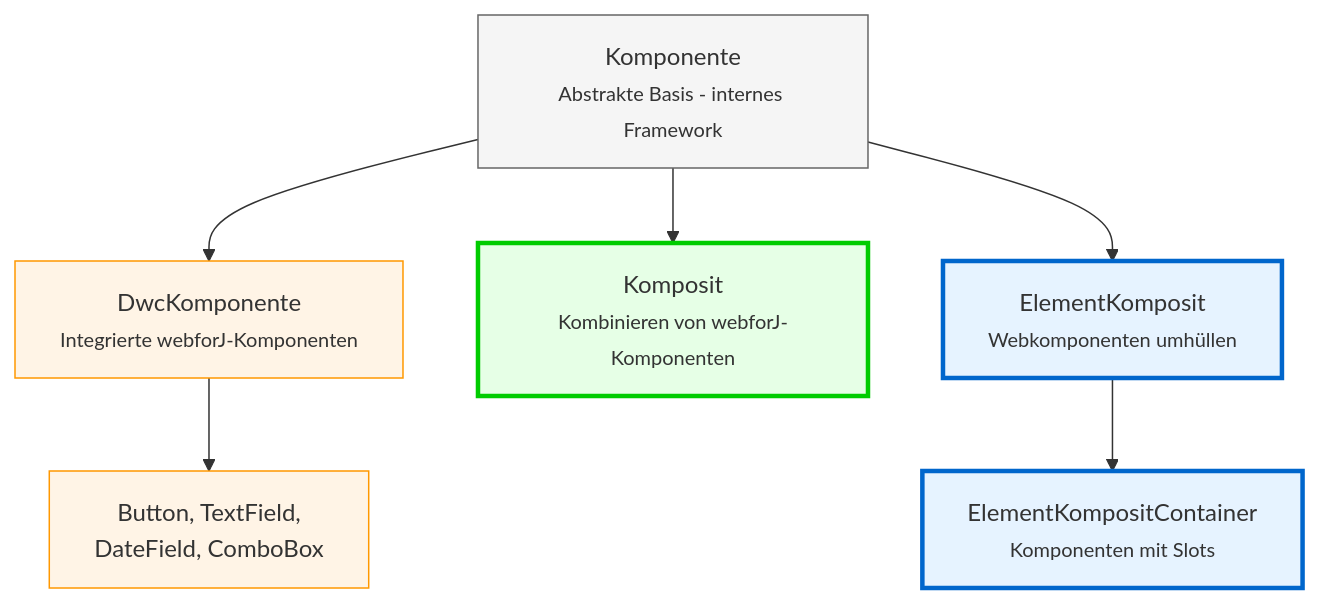
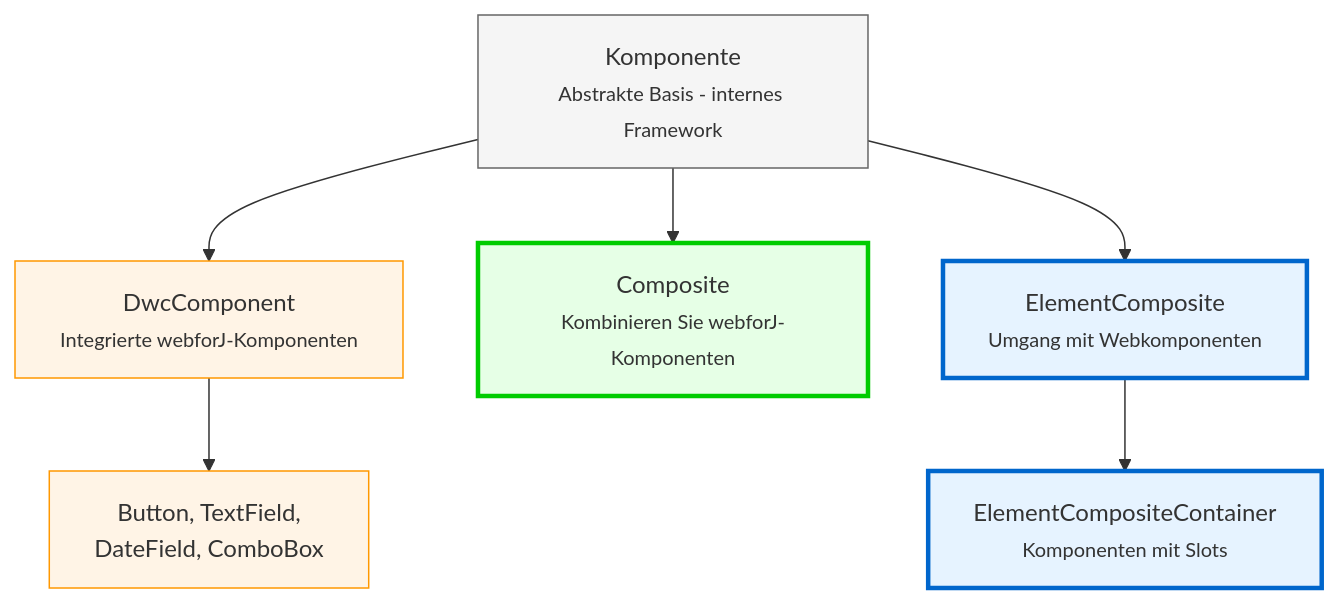
The diagram in docs/i18n/de/docusaurus-plugin-content-docs/current/building-ui/component-fundamentals.md (webforj/webforj-documentation), drawn with Mermaid before and after one commit. The commit also changed other lines of this file and 209 other files, not shown here.

Commit message:
fix: add code tags to messed up Finnish file element-composite.md - Copied the translated files from the translation build - Fixed the error in the Finnish file

````diff
--- a/docs/i18n/de/docusaurus-plugin-content-docs/current/building-ui/component-fundamentals.md
+++ b/docs/i18n/de/docusaurus-plugin-content-docs/current/building-ui/component-fundamentals.md
@@ -53,22 +52,22 @@
 ```mermaid
 graph TD
     A[Komponente<br/><small>Abstrakte Basis - internes Framework</small>]
     
-    A --> B[DwcKomponente<br/><small>Integrierte webforJ-Komponenten</small>]
-    A --> C[Komposit<br/><small>Kombinieren von webforJ-Komponenten</small>]
-    A --> D[ElementKomposit<br/><small>Webkomponenten umhüllen</small>]
+    A --> B[DwcComponent<br/><small>Integrierte webforJ-Komponenten</small>]
+    A --> C[Composite<br/><small>Kombinieren Sie webforJ-Komponenten</small>]
+    A --> D[ElementComposite<br/><small>Umgang mit Webkomponenten</small>]
     
     B --> E[Button, TextField,<br/>DateField, ComboBox]
     
-    D --> F[ElementKompositContainer<br/><small>Komponenten mit Slots</small>]
+    D --> F[ElementCompositeContainer<br/><small>Komponenten mit Slots</small>]
     
     style A fill:#f5f5f5,stroke:#666
     style B fill:#fff4e6,stroke:#ff9800
     style C fill:#e6ffe6,stroke:#00cc00
     style D fill:#e6f3ff,stroke:#0066cc
     style E fill:#fff4e6,stroke:#ff9800
     style F fill:#e6f3ff,stroke:#0066cc
     
     classDef userClass stroke-width:3px
     class C,D,F userClass
 ```
````
